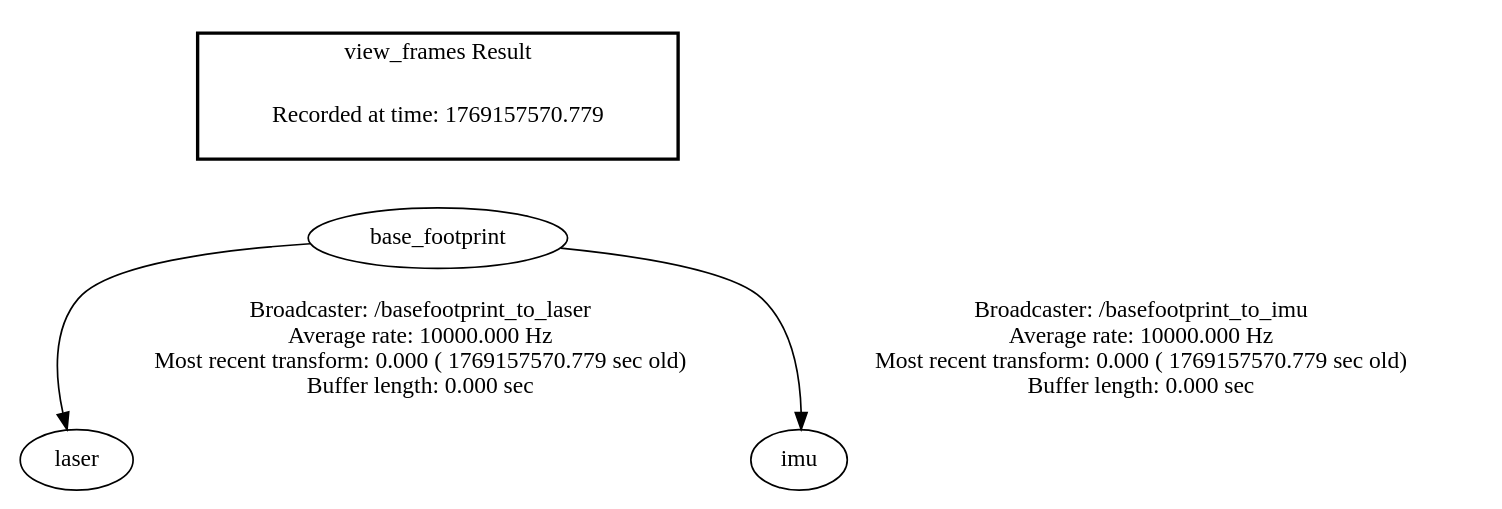
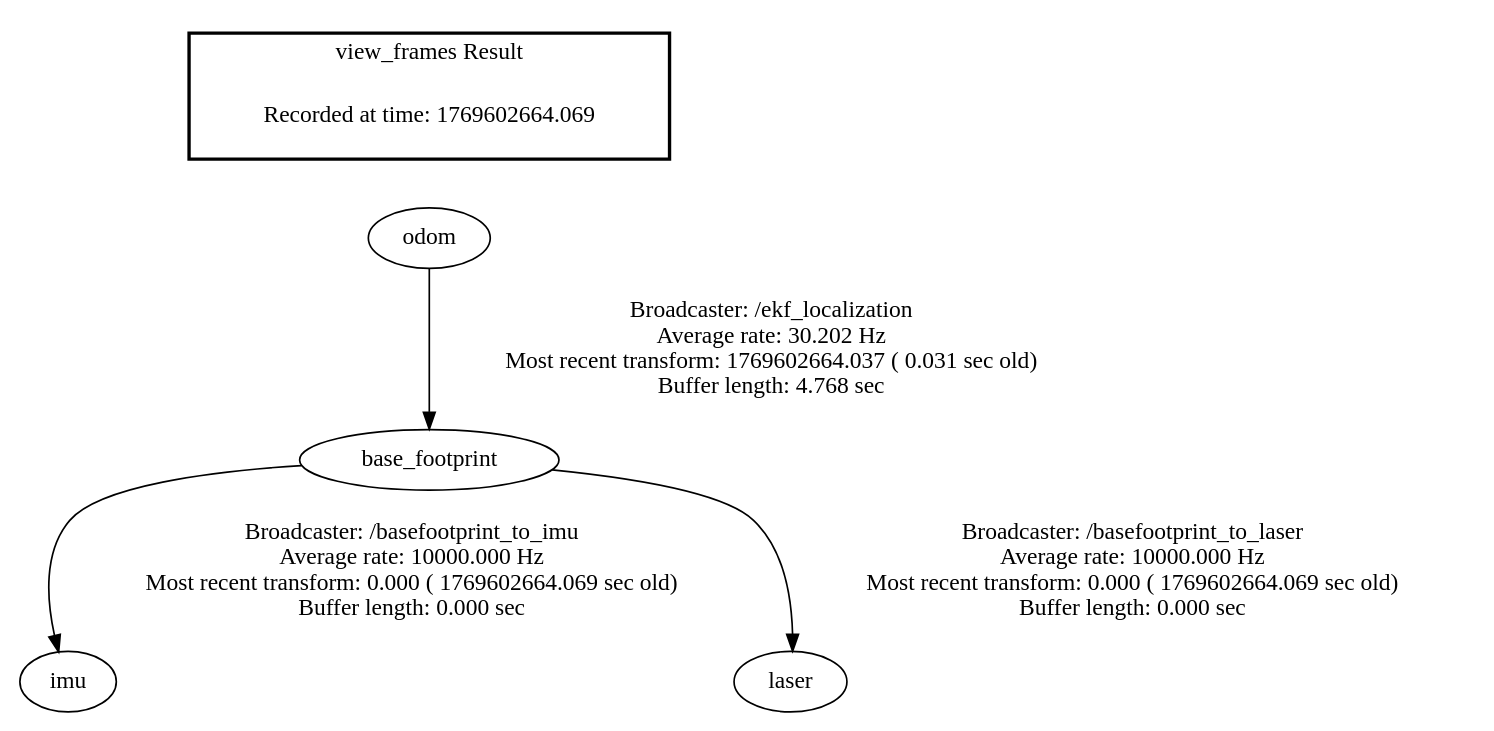
One commit to hcmutduygit/robot_fablab_ws changed the diagram in frames.gv. Above: the diagram before and after it, drawn with Graphviz. The commit also changed 16 other files, not shown here.

```diff
--- a/frames.gv
+++ b/frames.gv
@@ -1,8 +1,9 @@
 digraph G {
-"base_footprint" -> "laser"[label="Broadcaster: /basefootprint_to_laser\nAverage rate: 10000.000 Hz\nMost recent transform: 0.000 ( 1769157570.779 sec old)\nBuffer length: 0.000 sec\n"];
-"base_footprint" -> "imu"[label="Broadcaster: /basefootprint_to_imu\nAverage rate: 10000.000 Hz\nMost recent transform: 0.000 ( 1769157570.779 sec old)\nBuffer length: 0.000 sec\n"];
+"base_footprint" -> "imu"[label="Broadcaster: /basefootprint_to_imu\nAverage rate: 10000.000 Hz\nMost recent transform: 0.000 ( 1769602664.069 sec old)\nBuffer length: 0.000 sec\n"];
+"odom" -> "base_footprint"[label="Broadcaster: /ekf_localization\nAverage rate: 30.202 Hz\nMost recent transform: 1769602664.037 ( 0.031 sec old)\nBuffer length: 4.768 sec\n"];
+"base_footprint" -> "laser"[label="Broadcaster: /basefootprint_to_laser\nAverage rate: 10000.000 Hz\nMost recent transform: 0.000 ( 1769602664.069 sec old)\nBuffer length: 0.000 sec\n"];
 edge [style=invis];
  subgraph cluster_legend { style=bold; color=black; label ="view_frames Result";
-"Recorded at time: 1769157570.779"[ shape=plaintext ] ;
- }->"base_footprint";
+"Recorded at time: 1769602664.069"[ shape=plaintext ] ;
+ }->"odom";
 }
```
